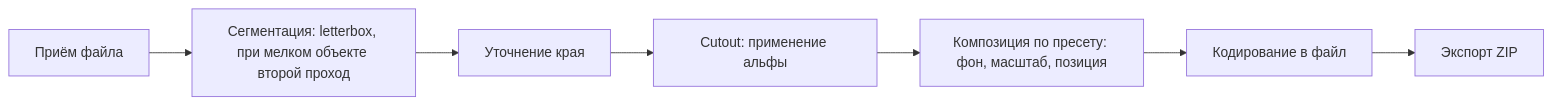
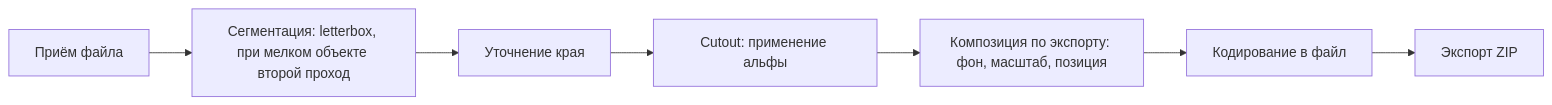
One commit to KonstantinAlexeevich/rmbg changed the diagram in docs/04-pipeline.md. Above: the diagram before and after it, drawn with Mermaid. The commit also changed other lines of this file and 31 other files, not shown here.

````diff
--- a/docs/04-pipeline.md
+++ b/docs/04-pipeline.md
@@ -5,9 +5,9 @@
 ```mermaid
 flowchart LR
     A[Приём файла] --> B[Сегментация: letterbox, при мелком объекте второй проход]
     B --> C[Уточнение края]
     C --> D[Cutout: применение альфы]
-    D --> E[Композиция по пресету: фон, масштаб, позиция]
+    D --> E[Композиция по экспорту: фон, масштаб, позиция]
     E --> F[Кодирование в файл]
     F --> G[Экспорт ZIP]
 ```
````
